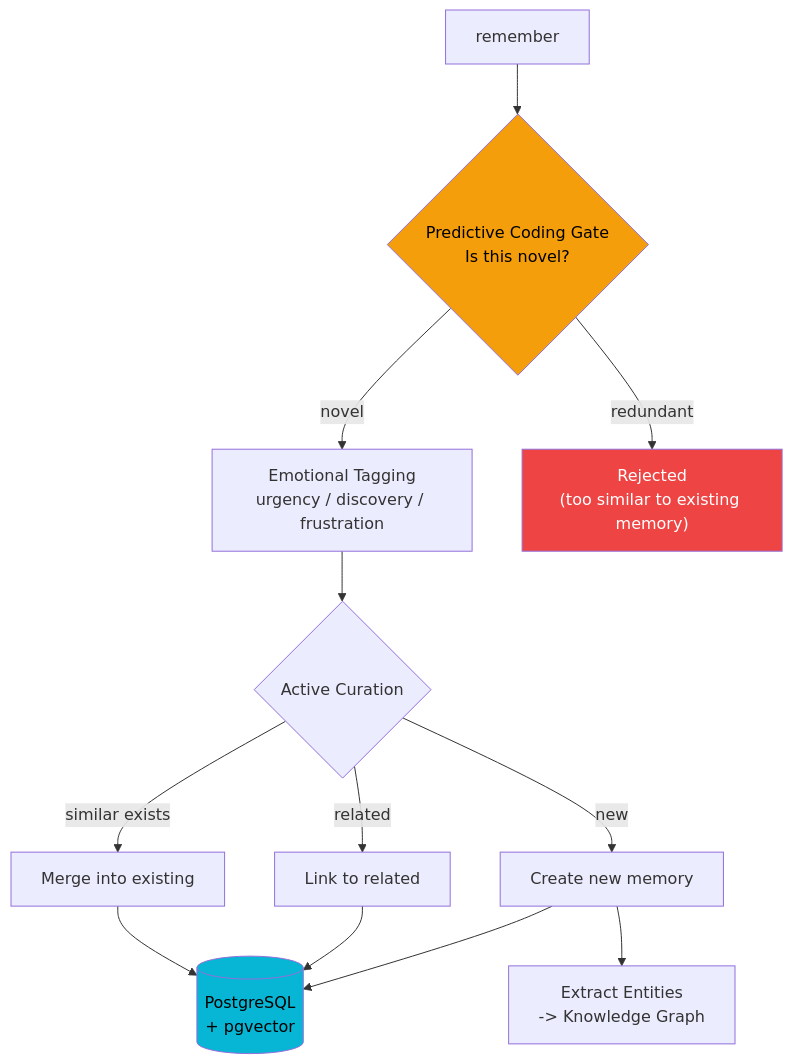
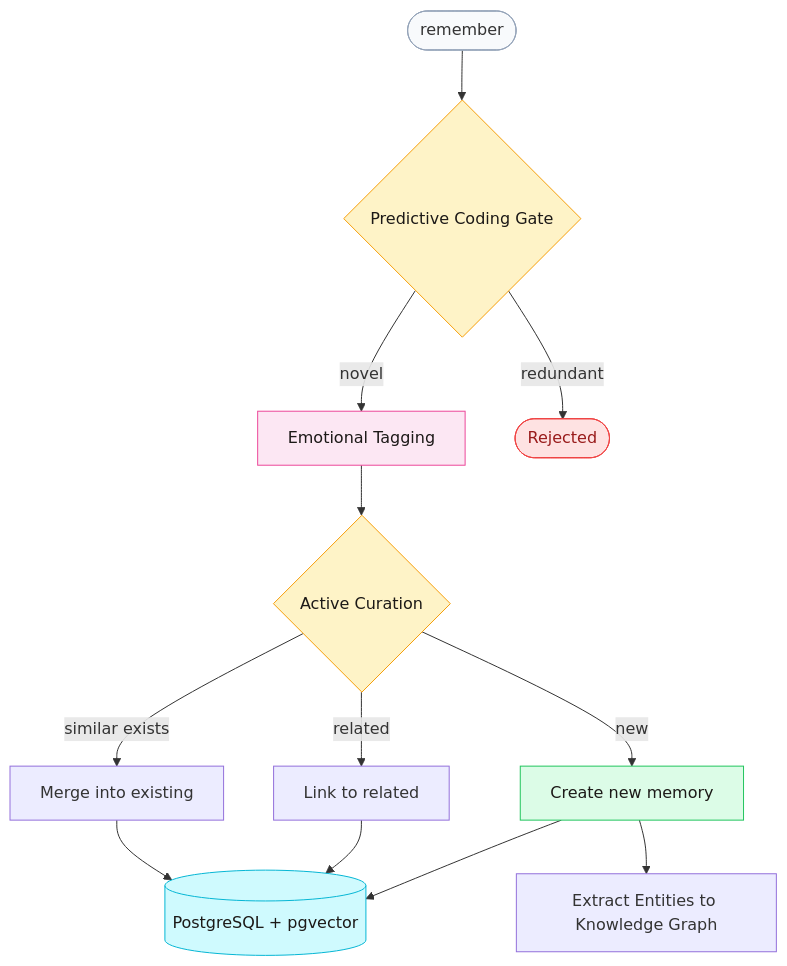
Before and after one commit to cdeust/Cortex: the second of 7 diagrams in README.md, drawn with Mermaid. The commit also changed other lines of this file and 3 other files, not shown here.

First line of the commit message:
docs: update architecture graph and hero images to match current project

````diff
--- a/README.md
+++ b/README.md
@@ -176,18 +179,22 @@
 ```mermaid
 flowchart TD
-    A["remember"] --> B{"Predictive Coding Gate<br/>Is this novel?"}
-    B -->|novel| C["Emotional Tagging<br/>urgency / discovery / frustration"]
-    B -->|redundant| X["Rejected<br/>(too similar to existing memory)"]
-    C --> D{"Active Curation"}
-    D -->|similar exists| E["Merge into existing"]
-    D -->|related| F["Link to related"]
-    D -->|new| G["Create new memory"]
-    E --> H[("PostgreSQL<br/>+ pgvector")]
+    A([remember]) --> B{Predictive Coding Gate}
+    B -->|novel| C[Emotional Tagging]
+    B -->|redundant| X([Rejected])
+    C --> D{Active Curation}
+    D -->|similar exists| E[Merge into existing]
+    D -->|related| F[Link to related]
+    D -->|new| G[Create new memory]
+    E --> H[(PostgreSQL + pgvector)]
     F --> H
     G --> H
-    G --> I["Extract Entities<br/>-> Knowledge Graph"]
+    G --> I[Extract Entities to Knowledge Graph]
 
-    style B fill:#f59e0b,color:#000
-    style H fill:#06b6d4,color:#000
-    style X fill:#ef4444,color:#fff
+    style A fill:#f8fafc,stroke:#94a3b8
+    style B fill:#fef3c7,stroke:#f59e0b,color:#1c1917
+    style X fill:#fee2e2,stroke:#ef4444,color:#991b1b
+    style C fill:#fce7f3,stroke:#ec4899,color:#1c1917
+    style H fill:#cffafe,stroke:#06b6d4,color:#1c1917
+    style G fill:#dcfce7,stroke:#22c55e,color:#1c1917
+    style D fill:#fef3c7,stroke:#f59e0b,color:#1c1917
 ```
````
